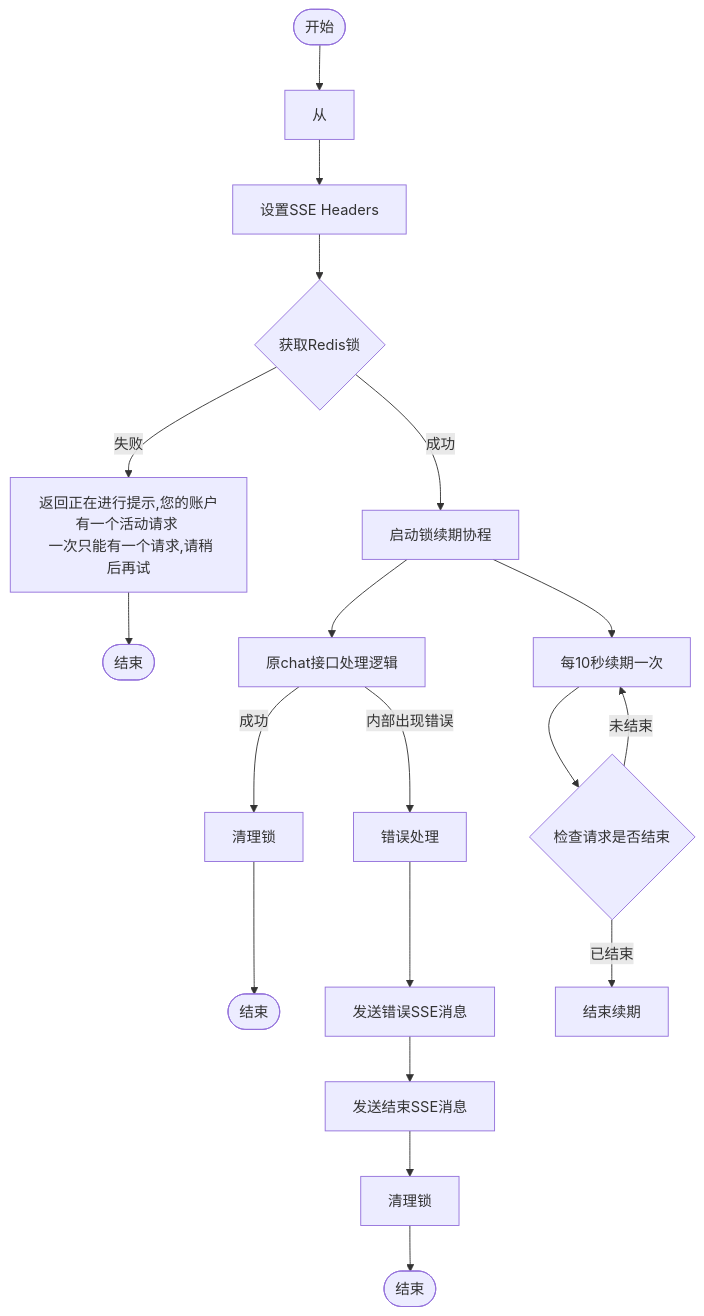
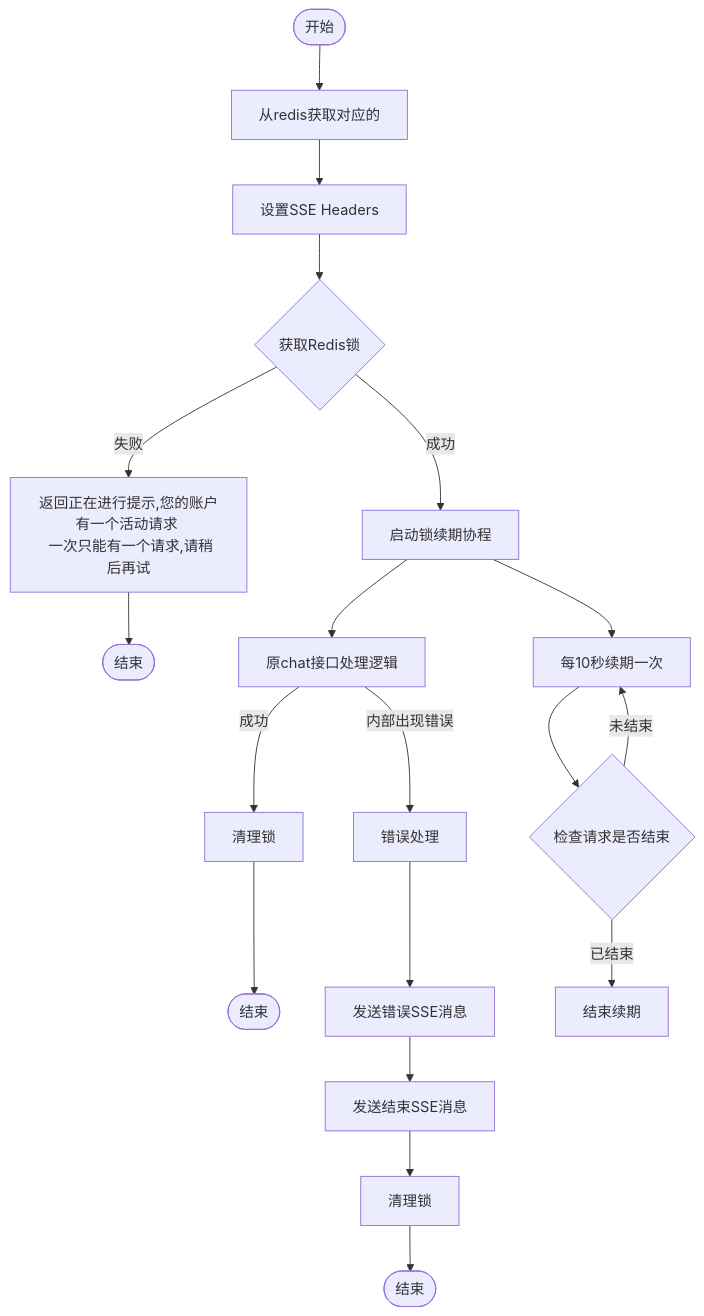
The diagram in all/未命名-20.md (yingjianzh/iodraw-files), drawn with Mermaid before and after one commit.

Commit message:
2025-02-05 16:20:26 update

````diff
--- a/all/未命名-20.md
+++ b/all/未命名-20.md
@@ -1,30 +1,30 @@
 ```mermaid
 flowchart TD
-    Start([开始]) --> A[从]
+    Start([开始]) --> A[从redis获取对应的]
     A --> B[设置SSE Headers]
     B --> C{获取Redis锁}
     
     C -->|失败| D[返回正在进行提示,您的账户有一个活动请求 \n 一次只能有一个请求,请稍后再试]
     D --> End1([结束])
     
     C -->|成功| E[启动锁续期协程]
     E --> F[原chat接口处理逻辑]
     
     F -->|内部出现错误| G[错误处理]
      %% 正常结束流程
     F -->|成功| N[清理锁]
     N --> End3([结束])
     
     %% 错误处理流程
     G --> K[发送错误SSE消息]
     K --> L[发送结束SSE消息]
     L --> M[清理锁]
     M --> End2([结束])
     
     %% 锁续期协程
     E --> O[每10秒续期一次]
     O --> P{检查请求是否结束}
     P -->|未结束| O
     P -->|已结束| Q[结束续期]
 
 ```
````
